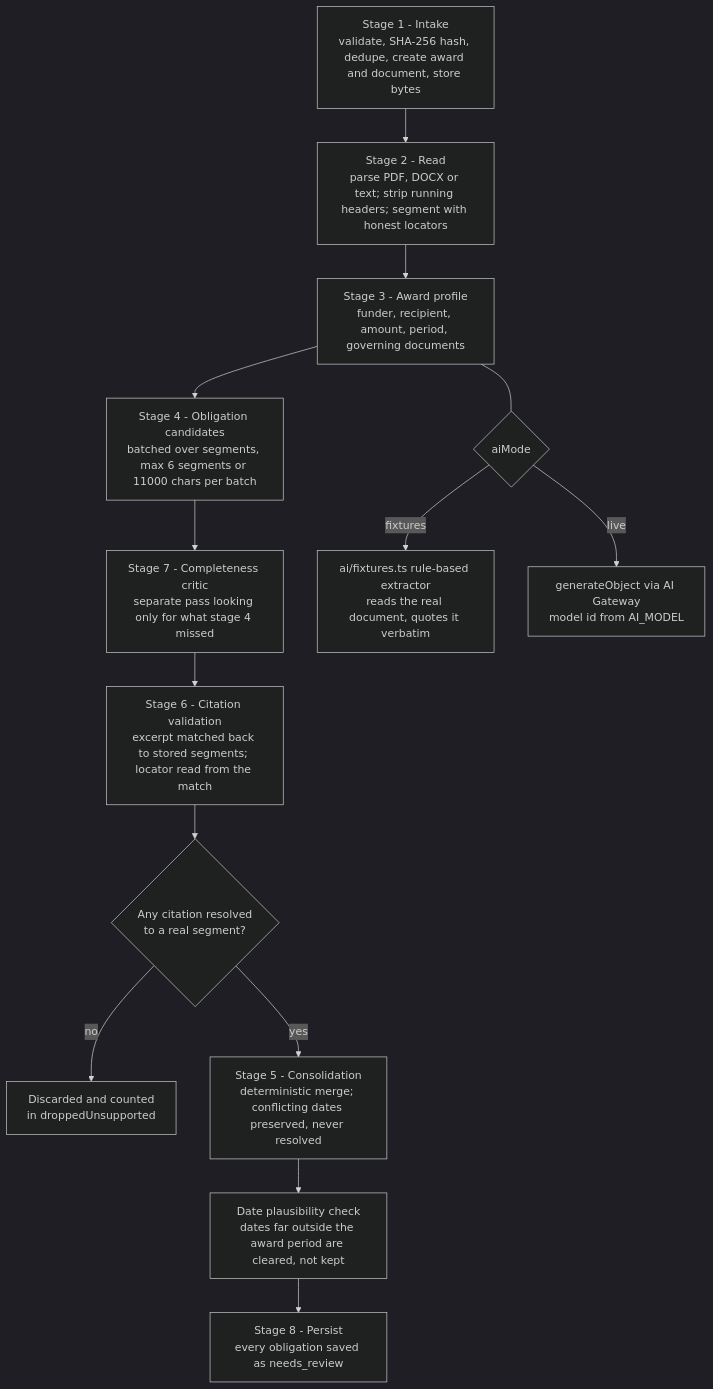
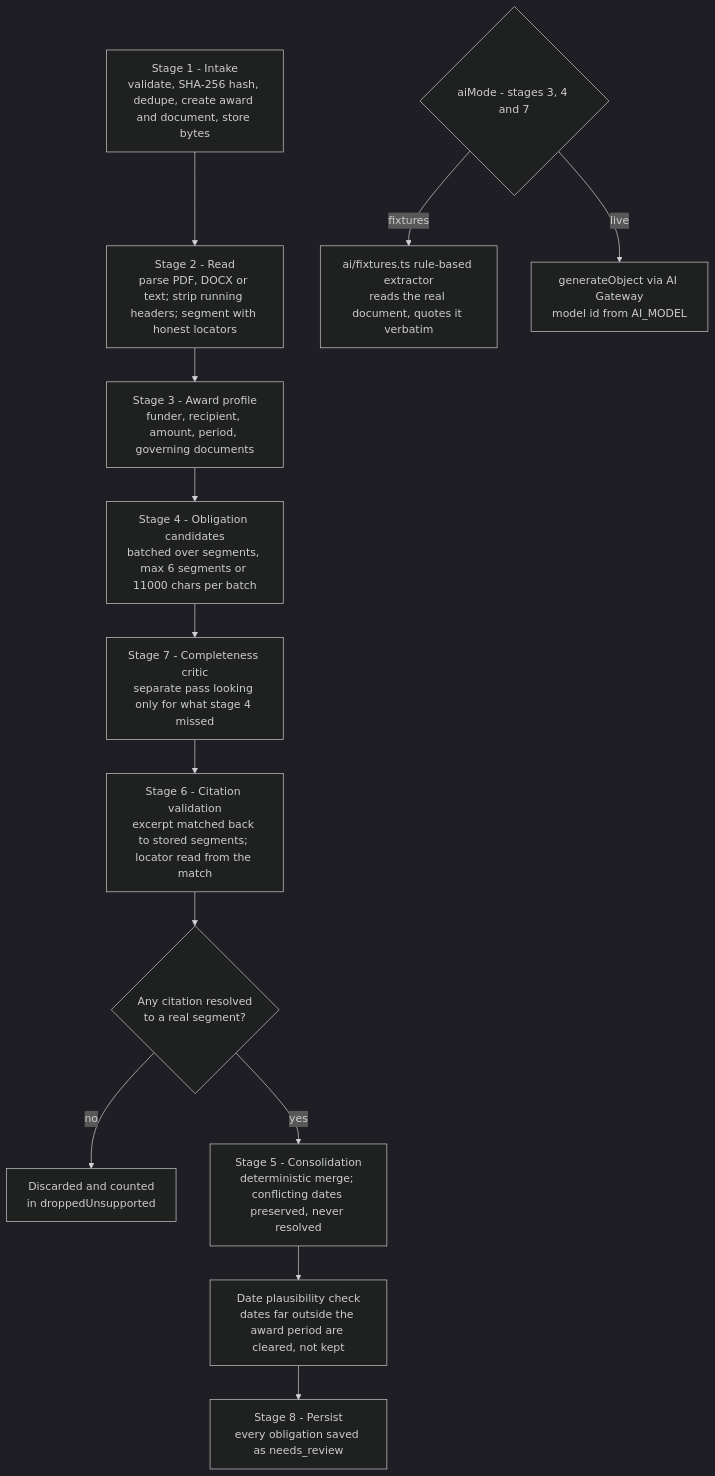
One commit to oathaction/oath-action-website changed the second of 2 diagrams in 20260728_AwardLens-Build-Guide.md. Above: the diagram before and after it, drawn with Mermaid (dark theme). The commit also changed other lines of this file and 5 other files, not shown here.

````diff
--- a/20260728_AwardLens-Build-Guide.md
+++ b/20260728_AwardLens-Build-Guide.md
@@ -200,23 +200,24 @@
 ```mermaid
 flowchart TD
   S1["Stage 1 - Intake<br/>validate, SHA-256 hash, dedupe, create award and document, store bytes"]
   S2["Stage 2 - Read<br/>parse PDF, DOCX or text; strip running headers; segment with honest locators"]
   S3["Stage 3 - Award profile<br/>funder, recipient, amount, period, governing documents"]
   S4["Stage 4 - Obligation candidates<br/>batched over segments, max 6 segments or 11000 chars per batch"]
   S7["Stage 7 - Completeness critic<br/>separate pass looking only for what stage 4 missed"]
   S6["Stage 6 - Citation validation<br/>excerpt matched back to stored segments; locator read from the match"]
   DROP{"Any citation resolved<br/>to a real segment?"}
   DISCARD["Discarded and counted<br/>in droppedUnsupported"]
   S5["Stage 5 - Consolidation<br/>deterministic merge; conflicting dates preserved, never resolved"]
   PLAUS["Date plausibility check<br/>dates far outside the award period are cleared, not kept"]
   S8["Stage 8 - Persist<br/>every obligation saved as needs_review"]
 
   S1 --> S2 --> S3 --> S4 --> S7 --> S6 --> DROP
   DROP -- no --> DISCARD
   DROP -- yes --> S5 --> PLAUS --> S8
 
-  MODE{"aiMode"}
-  S3 --- MODE
-  MODE -- "fixtures" --> RULE["ai/fixtures.ts rule-based extractor<br/>reads the real document, quotes it verbatim"]
-  MODE -- "live" --> LLM["generateObject via AI Gateway<br/>model id from AI_MODEL"]
+  MODE{"aiMode - stages 3, 4 and 7"}
+  RULE["ai/fixtures.ts rule-based extractor<br/>reads the real document, quotes it verbatim"]
+  LLM["generateObject via AI Gateway<br/>model id from AI_MODEL"]
+  MODE -->|"fixtures"| RULE
+  MODE -->|"live"| LLM
 ```
````
